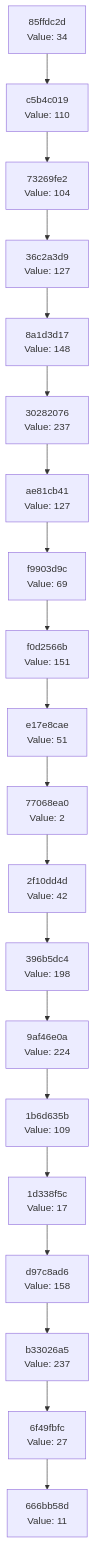
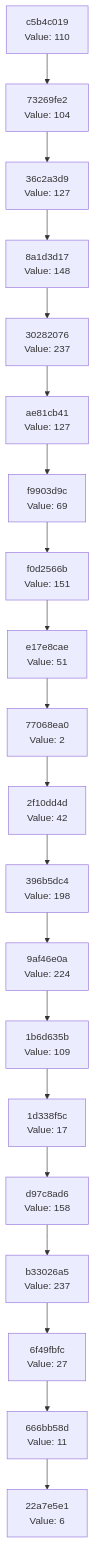
The diagram in docs/CHAIN_VISUALIZATION.md (Abhisheksinha1506/hash-chain-evolver), drawn with Mermaid before and after one commit. The commit also changed 3 other files, not shown here.

````diff
--- a/docs/CHAIN_VISUALIZATION.md
+++ b/docs/CHAIN_VISUALIZATION.md
@@ -3,42 +3,42 @@
 ```mermaid
 graph TD
-    C0["666bb58d<br/>Value: 11"]
-    C1["6f49fbfc<br/>Value: 27"]
+    C0["22a7e5e1<br/>Value: 6"]
+    C1["666bb58d<br/>Value: 11"]
     C1 --> C0
-    C2["b33026a5<br/>Value: 237"]
+    C2["6f49fbfc<br/>Value: 27"]
     C2 --> C1
-    C3["d97c8ad6<br/>Value: 158"]
+    C3["b33026a5<br/>Value: 237"]
     C3 --> C2
-    C4["1d338f5c<br/>Value: 17"]
+    C4["d97c8ad6<br/>Value: 158"]
     C4 --> C3
-    C5["1b6d635b<br/>Value: 109"]
+    C5["1d338f5c<br/>Value: 17"]
     C5 --> C4
-    C6["9af46e0a<br/>Value: 224"]
+    C6["1b6d635b<br/>Value: 109"]
     C6 --> C5
-    C7["396b5dc4<br/>Value: 198"]
+    C7["9af46e0a<br/>Value: 224"]
     C7 --> C6
-    C8["2f10dd4d<br/>Value: 42"]
+    C8["396b5dc4<br/>Value: 198"]
     C8 --> C7
-    C9["77068ea0<br/>Value: 2"]
+    C9["2f10dd4d<br/>Value: 42"]
     C9 --> C8
-    C10["e17e8cae<br/>Value: 51"]
+    C10["77068ea0<br/>Value: 2"]
     C10 --> C9
-    C11["f0d2566b<br/>Value: 151"]
+    C11["e17e8cae<br/>Value: 51"]
     C11 --> C10
-    C12["f9903d9c<br/>Value: 69"]
+    C12["f0d2566b<br/>Value: 151"]
     C12 --> C11
-    C13["ae81cb41<br/>Value: 127"]
+    C13["f9903d9c<br/>Value: 69"]
     C13 --> C12
-    C14["30282076<br/>Value: 237"]
+    C14["ae81cb41<br/>Value: 127"]
     C14 --> C13
-    C15["8a1d3d17<br/>Value: 148"]
+    C15["30282076<br/>Value: 237"]
     C15 --> C14
-    C16["36c2a3d9<br/>Value: 127"]
+    C16["8a1d3d17<br/>Value: 148"]
     C16 --> C15
-    C17["73269fe2<br/>Value: 104"]
+    C17["36c2a3d9<br/>Value: 127"]
     C17 --> C16
-    C18["c5b4c019<br/>Value: 110"]
+    C18["73269fe2<br/>Value: 104"]
     C18 --> C17
-    C19["85ffdc2d<br/>Value: 34"]
+    C19["c5b4c019<br/>Value: 110"]
     C19 --> C18
 ```
````
